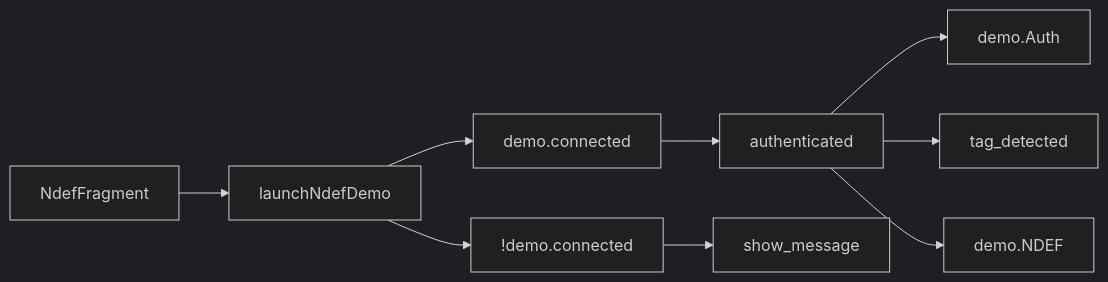
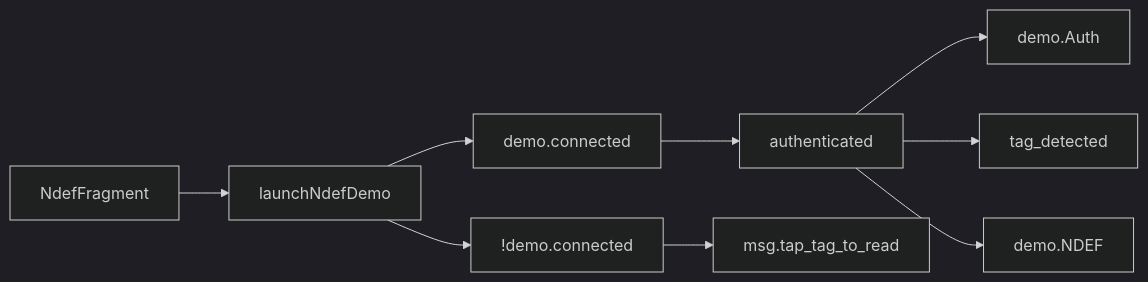
Before and after one commit to gordianknotC/nxp_note: the seventh of 7 diagrams in nxp/MainActivity.md, drawn with Mermaid (dark theme). The commit also changed other lines of this file, not shown here.

````diff
--- a/nxp/MainActivity.md
+++ b/nxp/MainActivity.md
@@ -111,12 +111,12 @@
 ```mermaid
 graph LR
 NdefFragment --> launchNdefDemo 
 launchNdefDemo --> demo.connected
 demo.connected --> authenticated
 authenticated --> demo.Auth
 authenticated --> tag_detected
 authenticated --> demo.NDEF
 launchNdefDemo --> !demo.connected
-!demo.connected --> show_message
+!demo.connected --> msg.tap_tag_to_read
 
 ```
````
